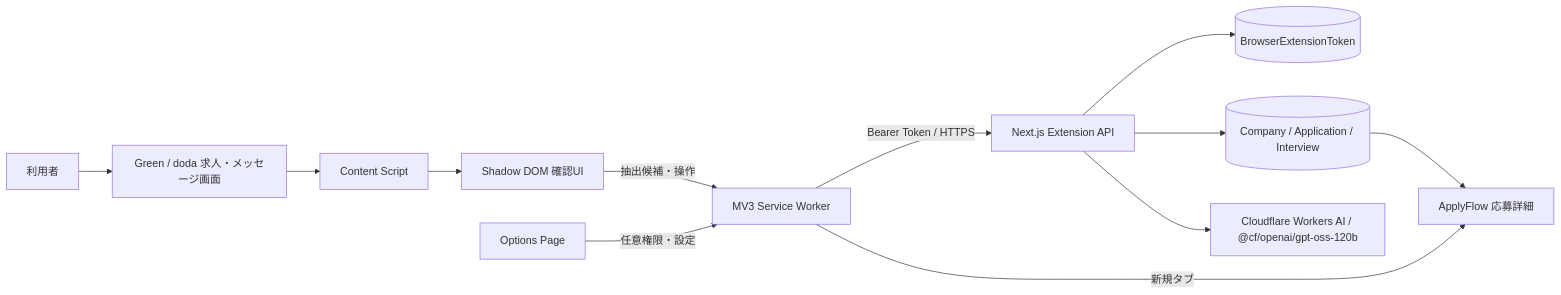
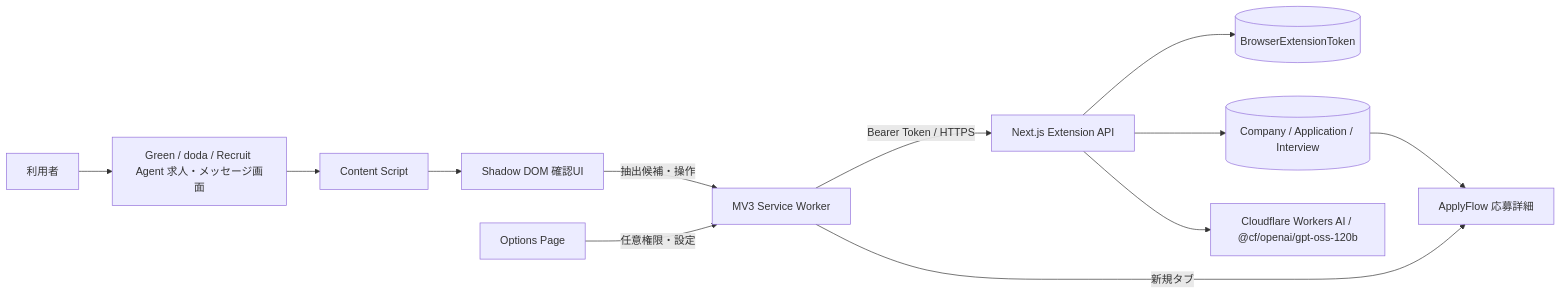
One commit to S-ima7/ApplyFlow changed the first of 2 diagrams in docs/ApplyFlow_ブラウザ拡張機能設計書.md. Above: the diagram before and after it, drawn with Mermaid. The commit also changed other lines of this file and 24 other files, not shown here.

````diff
--- a/docs/ApplyFlow_ブラウザ拡張機能設計書.md
+++ b/docs/ApplyFlow_ブラウザ拡張機能設計書.md
@@ -111,14 +112,14 @@
 ```mermaid
 flowchart LR
-    U[利用者] --> P[Green / doda 求人・メッセージ画面]
+    U[利用者] --> P[Green / doda / Recruit Agent 求人・メッセージ画面]
     P --> CS[Content Script]
     CS --> SD[Shadow DOM 確認UI]
     SD -->|抽出候補・操作| SW[MV3 Service Worker]
     SW -->|Bearer Token / HTTPS| API[Next.js Extension API]
     API --> TOK[(BrowserExtensionToken)]
     API --> APP[(Company / Application / Interview)]
     API --> AI[Cloudflare Workers AI / @cf/openai/gpt-oss-120b]
     APP --> WEB[ApplyFlow 応募詳細]
     SW -->|新規タブ| WEB
     OPT[Options Page] -->|任意権限・設定| SW
 ```
````
